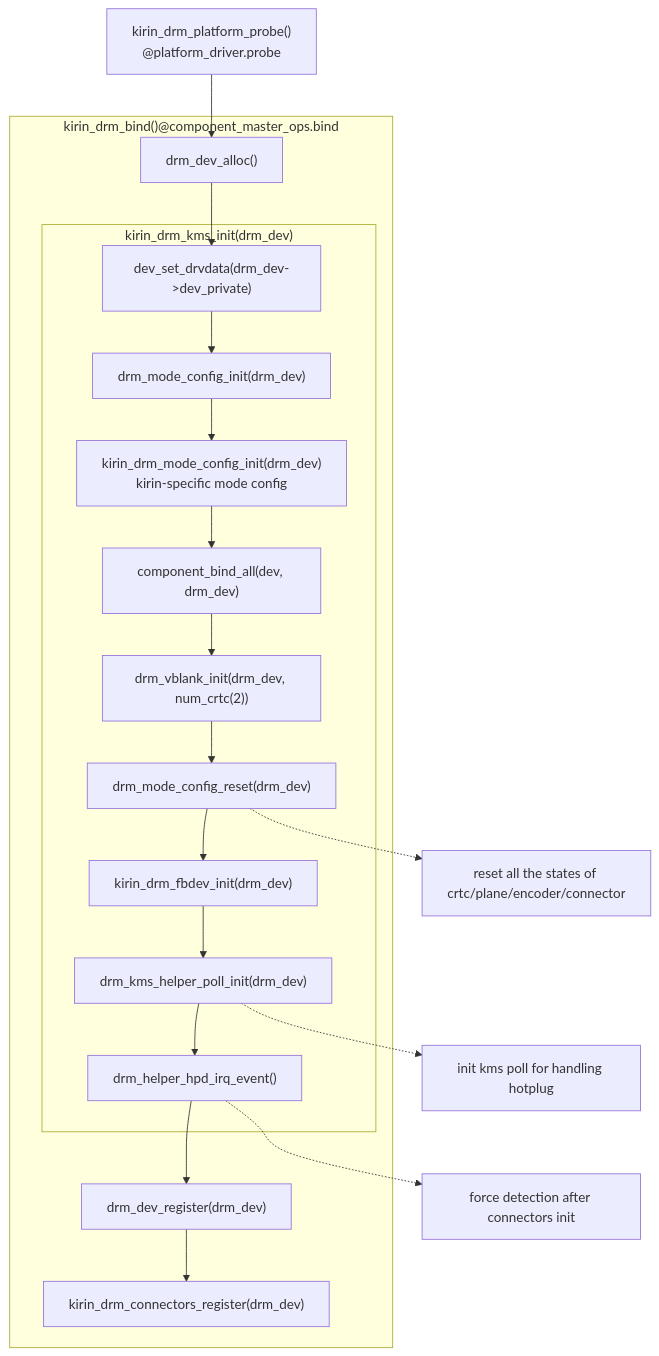
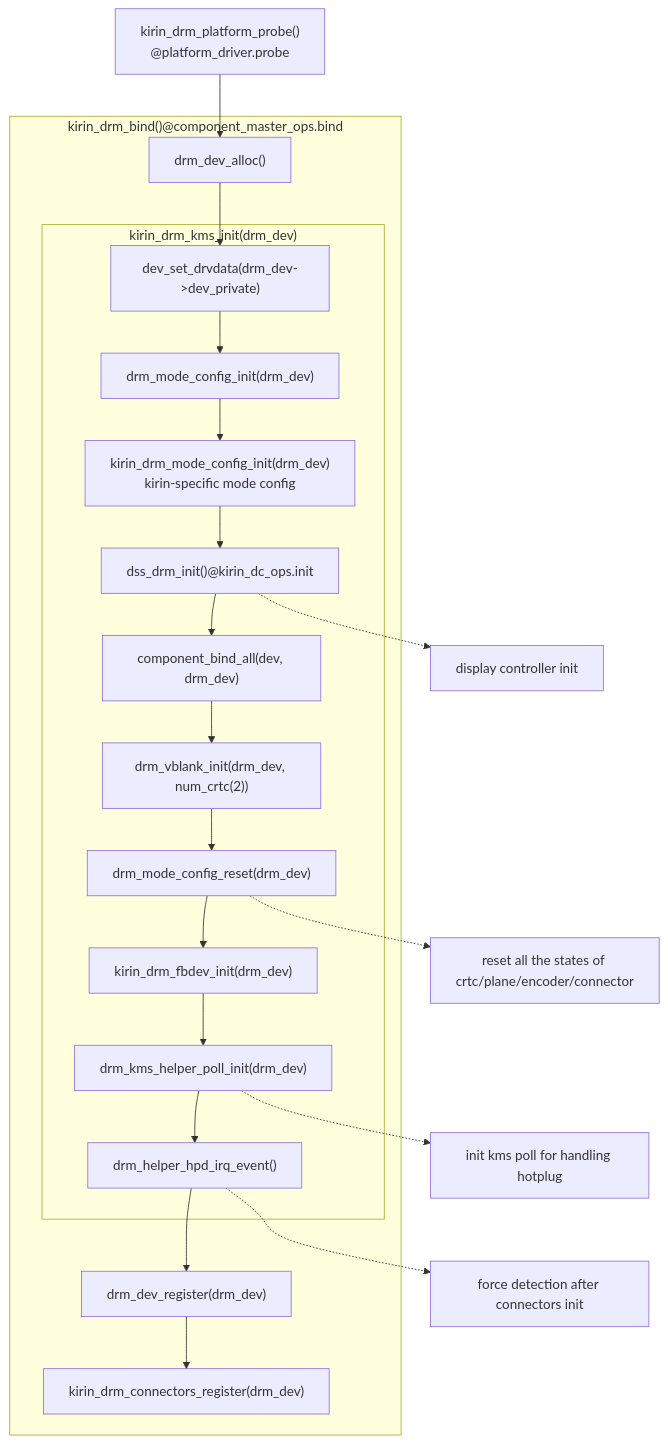
One commit to lucmann/lucmann.github.io changed the first of 2 diagrams in source/_posts/hw/hikey970.md. Above: the diagram before and after it, drawn with Mermaid. The commit also changed other lines of this file, not shown here.

Commit message:
hw: hikey970: MIPI DSI Host controller driver adopts component framework

````diff
--- a/source/_posts/hw/hikey970.md
+++ b/source/_posts/hw/hikey970.md
@@ -230,29 +230,32 @@
 ```mermaid
-flowchart TD
+flowchart TB
     A["kirin_drm_platform_probe()<br/>@platform_driver.probe"]
     subgraph "kirin_drm_bind()@component_master_ops.bind"
         B["drm_dev_alloc()"]
         subgraph "kirin_drm_kms_init(drm_dev)"
             C1["dev_set_drvdata(drm_dev->dev_private)"]
             C2["drm_mode_config_init(drm_dev)"]
             C3["kirin_drm_mode_config_init(drm_dev)<br/>kirin-specific mode config"]
+            C31["dss_drm_init()@kirin_dc_ops.init"]
             C4["component_bind_all(dev, drm_dev)"]
             C5["drm_vblank_init(drm_dev, num_crtc(2))"]
             C6["drm_mode_config_reset(drm_dev)"]
             C7["kirin_drm_fbdev_init(drm_dev)"]
             C8["drm_kms_helper_poll_init(drm_dev)"]
             C9["drm_helper_hpd_irq_event()"]
         end
         D["drm_dev_register(drm_dev)"]
         E["kirin_drm_connectors_register(drm_dev)"]
     end
 
+    N31["display controller init"]
     N6["reset all the states of crtc/plane/encoder/connector"]
     N8["init kms poll for handling hotplug"]
     N9["force detection after connectors init"]
 
+    C31 -.-> N31
     C6 -.-> N6
     C8 -.-> N8
     C9 -.-> N9
-    A --> B --> C1 --> C2 --> C3 --> C4 --> C5 --> C6 --> C7 --> C8 --> C9 --> D --> E
+    A --> B --> C1 --> C2 --> C3 --> C31 --> C4 --> C5 --> C6 --> C7 --> C8 --> C9 --> D --> E
 ```
````
